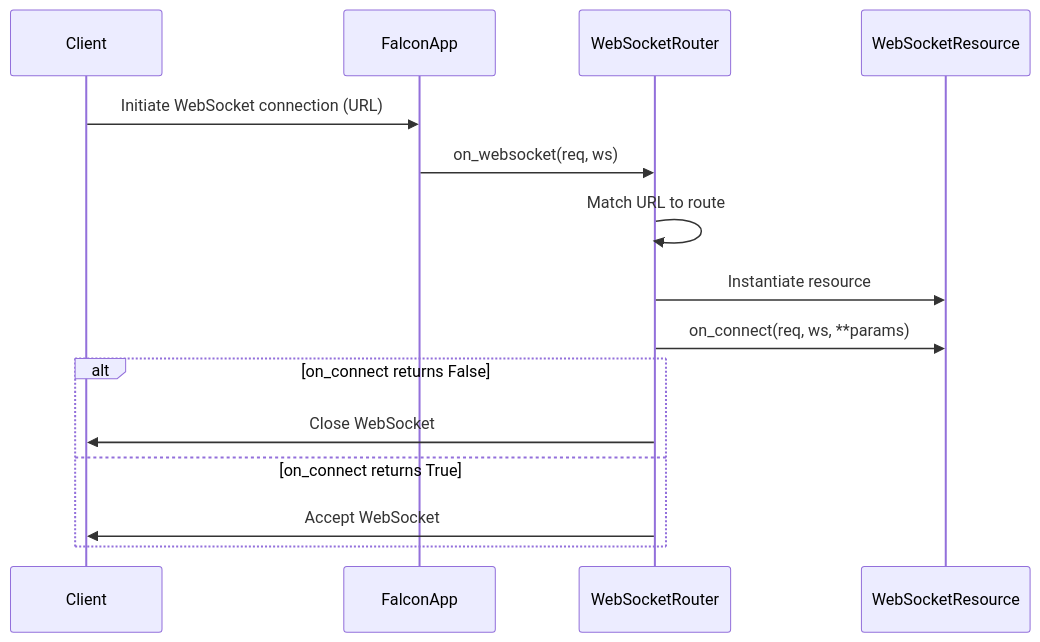
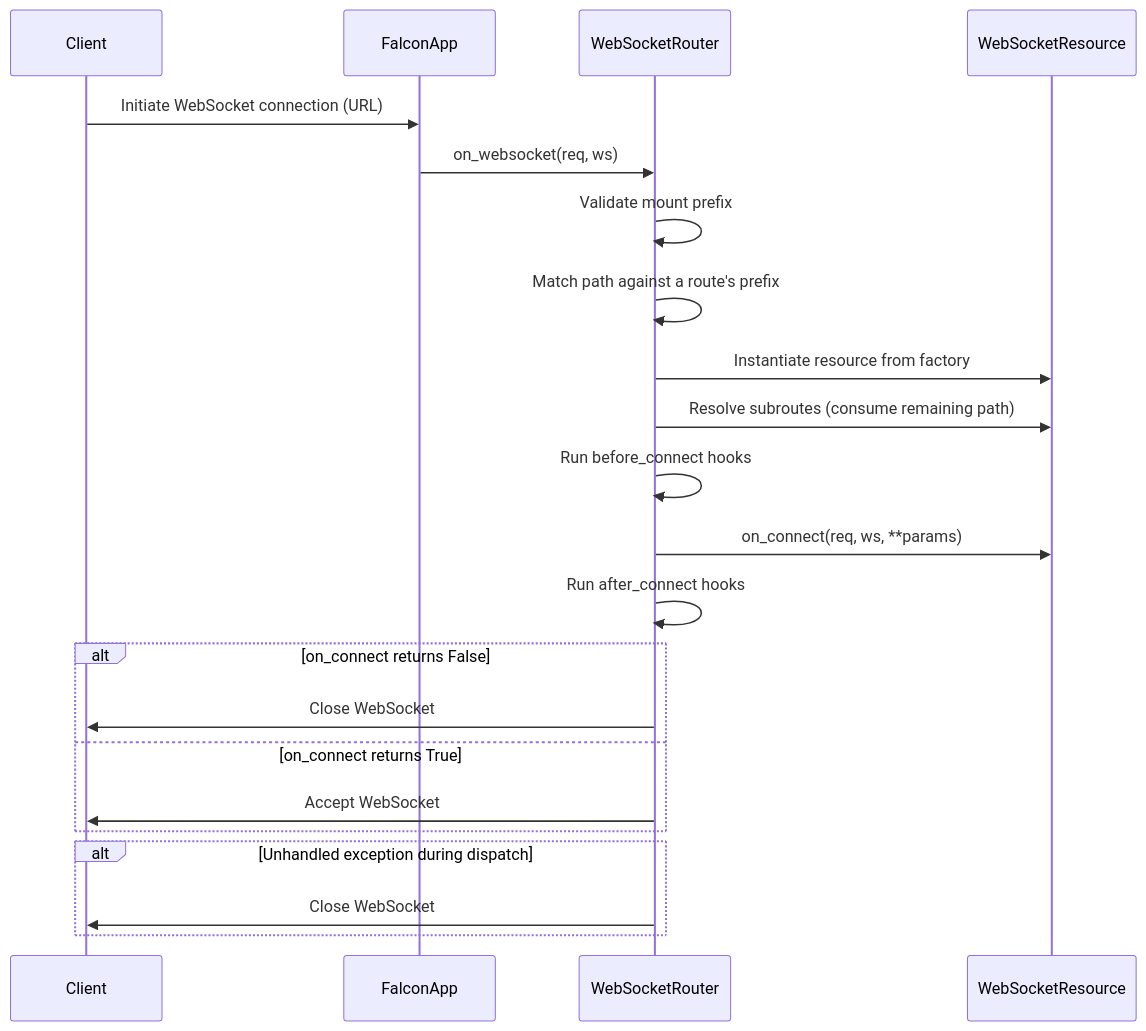
Before and after one commit to leynos/falcon-pachinko: the fourth of 13 diagrams in docs/falcon-websocket-extension-design.md, drawn with Mermaid. The commit also changed other lines of this file and 2 other files, not shown here.

First line of the commit message:
Document the dispatch state, df12 pin and simulator fixture

````diff
--- a/docs/falcon-websocket-extension-design.md
+++ b/docs/falcon-websocket-extension-design.md
@@ -1018,18 +1018,25 @@
 ```mermaid
 sequenceDiagram
     participant Client
     participant FalconApp
     participant WebSocketRouter
     participant WebSocketResource
 
     Client->>FalconApp: Initiate WebSocket connection (URL)
     FalconApp->>WebSocketRouter: on_websocket(req, ws)
-    WebSocketRouter->>WebSocketRouter: Match URL to route
-    WebSocketRouter->>WebSocketResource: Instantiate resource
+    WebSocketRouter->>WebSocketRouter: Validate mount prefix
+    WebSocketRouter->>WebSocketRouter: Match path against a route's prefix
+    WebSocketRouter->>WebSocketResource: Instantiate resource from factory
+    WebSocketRouter->>WebSocketResource: Resolve subroutes (consume remaining path)
+    WebSocketRouter->>WebSocketRouter: Run before_connect hooks
     WebSocketRouter->>WebSocketResource: on_connect(req, ws, **params)
+    WebSocketRouter->>WebSocketRouter: Run after_connect hooks
     alt on_connect returns False
         WebSocketRouter->>Client: Close WebSocket
     else on_connect returns True
         WebSocketRouter->>Client: Accept WebSocket
     end
+    alt Unhandled exception during dispatch
+        WebSocketRouter->>Client: Close WebSocket
+    end
 ```
````
